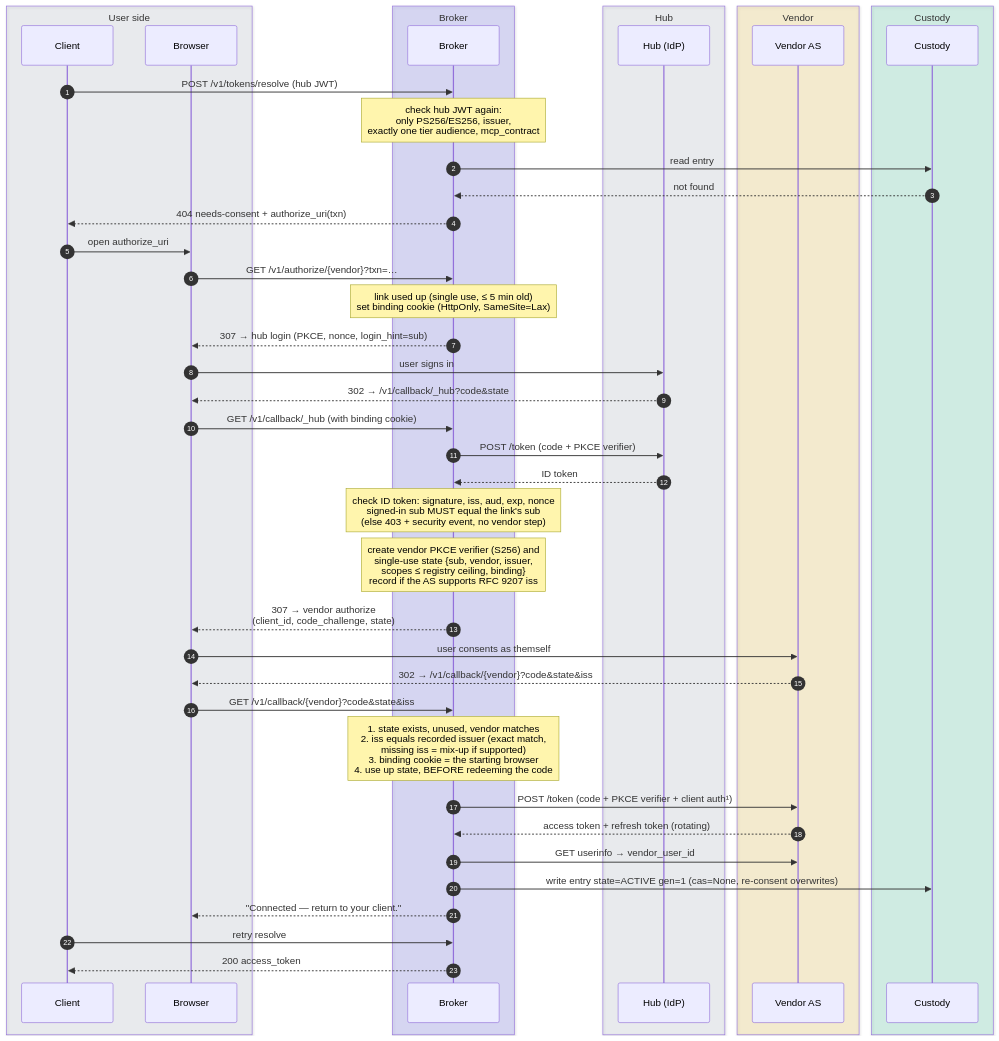
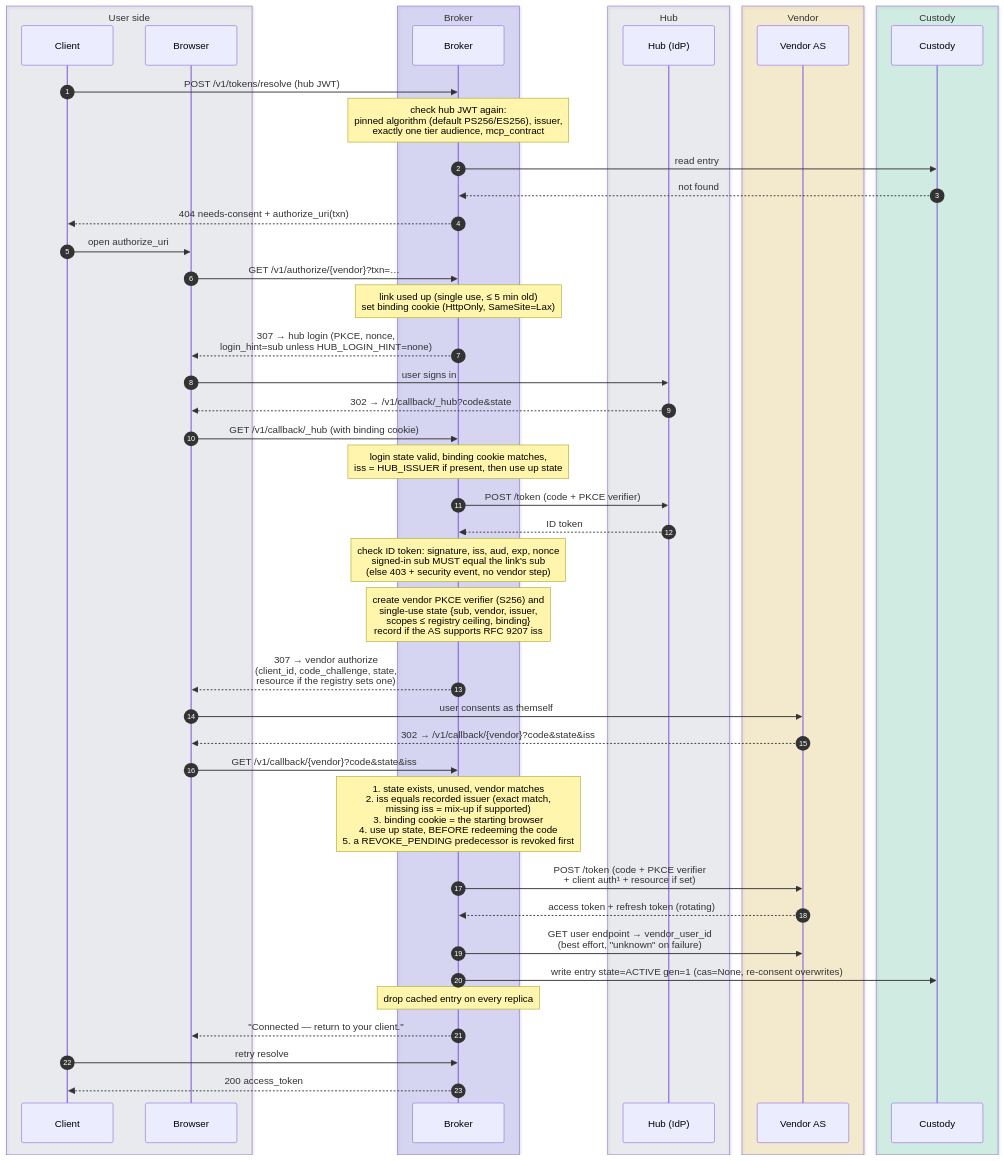
Before and after one commit to chief-builder/vendor-token-broker: the second of 11 diagrams in docs/token-lifecycle.md, drawn with Mermaid. The commit also changed other lines of this file and 26 other files, not shown here.

````diff
--- a/docs/token-lifecycle.md
+++ b/docs/token-lifecycle.md
@@ -73,49 +83,51 @@
 ```mermaid
 sequenceDiagram
     autonumber
     box rgba(148,163,184,0.14) User side
         participant C as Client
         participant UA as Browser
     end
     box rgba(99,102,241,0.20) Broker
         participant B as Broker
     end
     box rgba(148,163,184,0.14) Hub
         participant H as Hub (IdP)
     end
     box rgba(234,179,8,0.16) Vendor
         participant V as Vendor AS
     end
     box rgba(16,185,129,0.16) Custody
         participant K as Custody
     end
 
     C->>B: POST /v1/tokens/resolve (hub JWT)
-    Note over B: check hub JWT again:<br/>only PS256/ES256, issuer,<br/>exactly one tier audience, mcp_contract
+    Note over B: check hub JWT again:<br/>pinned algorithm (default PS256/ES256), issuer,<br/>exactly one tier audience, mcp_contract
     B->>K: read entry
     K-->>B: not found
     B-->>C: 404 needs-consent + authorize_uri(txn)
     C->>UA: open authorize_uri
     UA->>B: GET /v1/authorize/{vendor}?txn=…
     Note over B: link used up (single use, ≤ 5 min old)<br/>set binding cookie (HttpOnly, SameSite=Lax)
-    B-->>UA: 307 → hub login (PKCE, nonce, login_hint=sub)
+    B-->>UA: 307 → hub login (PKCE, nonce,<br/>login_hint=sub unless HUB_LOGIN_HINT=none)
     UA->>H: user signs in
     H-->>UA: 302 → /v1/callback/_hub?code&state
     UA->>B: GET /v1/callback/_hub (with binding cookie)
+    Note over B: login state valid, binding cookie matches,<br/>iss = HUB_ISSUER if present, then use up state
     B->>H: POST /token (code + PKCE verifier)
     H-->>B: ID token
     Note over B: check ID token: signature, iss, aud, exp, nonce<br/>signed-in sub MUST equal the link's sub<br/>(else 403 + security event, no vendor step)
     Note over B: create vendor PKCE verifier (S256) and<br/>single-use state {sub, vendor, issuer,<br/>scopes ≤ registry ceiling, binding}<br/>record if the AS supports RFC 9207 iss
-    B-->>UA: 307 → vendor authorize<br/>(client_id, code_challenge, state)
+    B-->>UA: 307 → vendor authorize<br/>(client_id, code_challenge, state,<br/>resource if the registry sets one)
     UA->>V: user consents as themself
     V-->>UA: 302 → /v1/callback/{vendor}?code&state&iss
     UA->>B: GET /v1/callback/{vendor}?code&state&iss
-    Note over B: 1. state exists, unused, vendor matches<br/>2. iss equals recorded issuer (exact match,<br/>   missing iss = mix-up if supported)<br/>3. binding cookie = the starting browser<br/>4. use up state, BEFORE redeeming the code
-    B->>V: POST /token (code + PKCE verifier + client auth¹)
+    Note over B: 1. state exists, unused, vendor matches<br/>2. iss equals recorded issuer (exact match,<br/>   missing iss = mix-up if supported)<br/>3. binding cookie = the starting browser<br/>4. use up state, BEFORE redeeming the code<br/>5. a REVOKE_PENDING predecessor is revoked first
+    B->>V: POST /token (code + PKCE verifier<br/>+ client auth¹ + resource if set)
     V-->>B: access token + refresh token (rotating)
-    B->>V: GET userinfo → vendor_user_id
+    B->>V: GET user endpoint → vendor_user_id<br/>(best effort, "unknown" on failure)
     B->>K: write entry state=ACTIVE gen=1 (cas=None, re-consent overwrites)
+    Note over B: drop cached entry on every replica
     B-->>UA: "Connected — return to your client."
     C->>B: retry resolve
     B-->>C: 200 access_token
 ```
````
